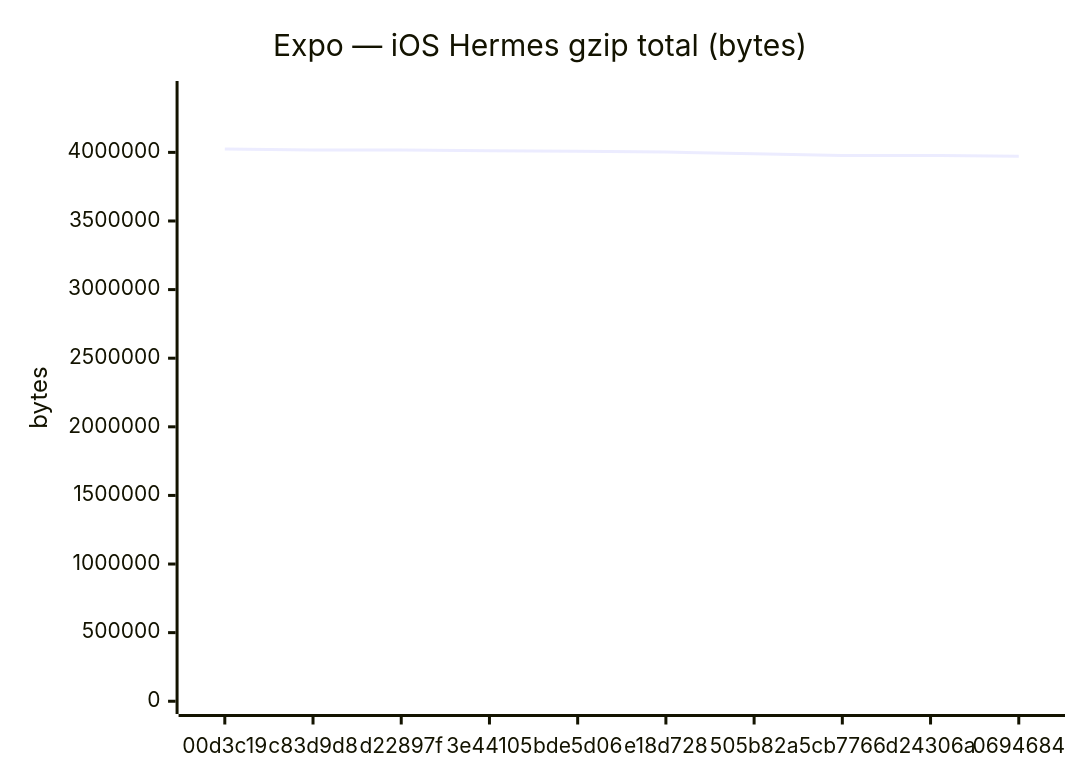
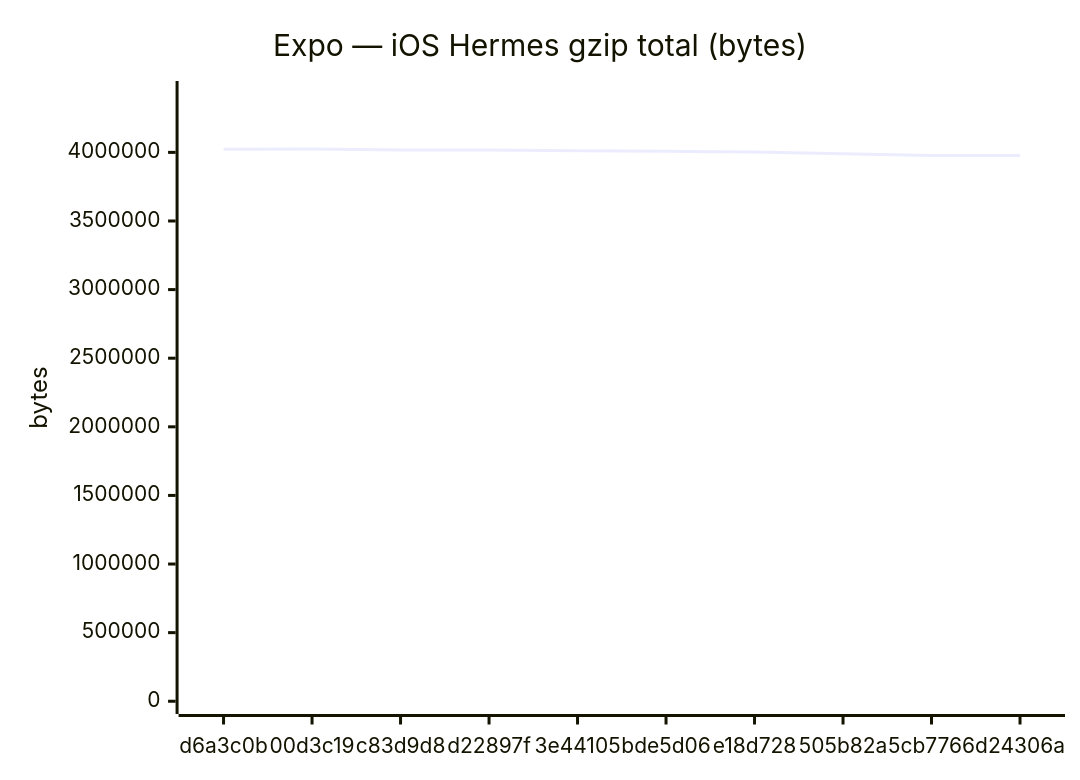
One commit to Metaheurist/Rianell changed the sixth of 18 diagrams in benchmarks/compare.md. Above: the diagram before and after it, drawn with Mermaid. The commit also changed other lines of this file and 11 other files, not shown here.

````diff
--- a/benchmarks/compare.md
+++ b/benchmarks/compare.md
@@ -96,7 +96,7 @@
 ```mermaid
 xychart-beta
     title "Expo — iOS Hermes gzip total (bytes)"
-    x-axis ["00d3c19", "c83d9d8", "d22897f", "3e44105", "bde5d06", "e18d728", "505b82a", "5cb7766", "d24306a", "0694684"]
+    x-axis ["d6a3c0b", "00d3c19", "c83d9d8", "d22897f", "3e44105", "bde5d06", "e18d728", "505b82a", "5cb7766", "d24306a"]
     y-axis "bytes" 0 --> 4427238
-    line [4024761, 4017281, 4017565, 4012063, 4008470, 4002116, 3990384, 3978033, 3978036, 3971946]
+    line [4023645, 4024761, 4017281, 4017565, 4012063, 4008470, 4002116, 3990384, 3978033, 3978036]
 ```
````
